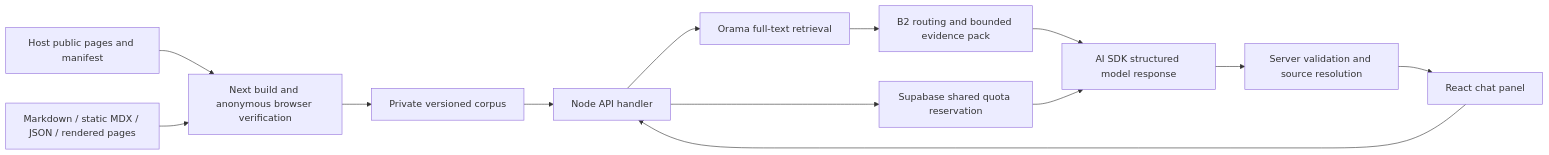
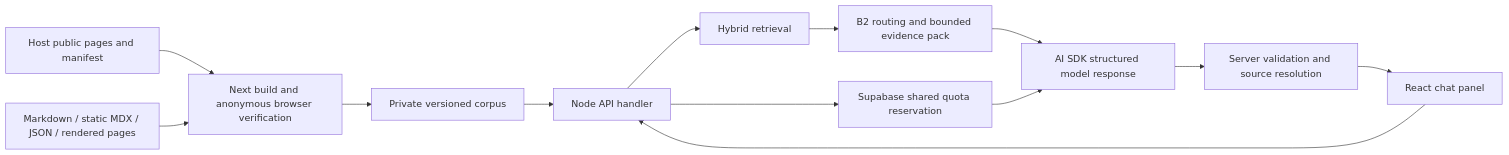
The diagram in docs/architecture.md (vincentlow02/portfolio-ai-source-kit), drawn with Mermaid before and after one commit. The commit also changed other lines of this file and 28 other files, not shown here.

Commit message:
Make hybrid retrieval the default

````diff
--- a/docs/architecture.md
+++ b/docs/architecture.md
@@ -5,15 +5,15 @@
 ```mermaid
 flowchart LR
   A[Host public pages and manifest] --> B[Next build and anonymous browser verification]
   M[Markdown / static MDX / JSON / rendered pages] --> B
   B --> C[Private versioned corpus]
   U[React chat panel] --> R[Node API handler]
   C --> R
-  R --> O[Orama full-text retrieval]
+  R --> O[Hybrid retrieval]
   O --> E[B2 routing and bounded evidence pack]
   R --> Q[Supabase shared quota reservation]
   E --> P[AI SDK structured model response]
   Q --> P
   P --> V[Server validation and source resolution]
   V --> U
 ```
````
